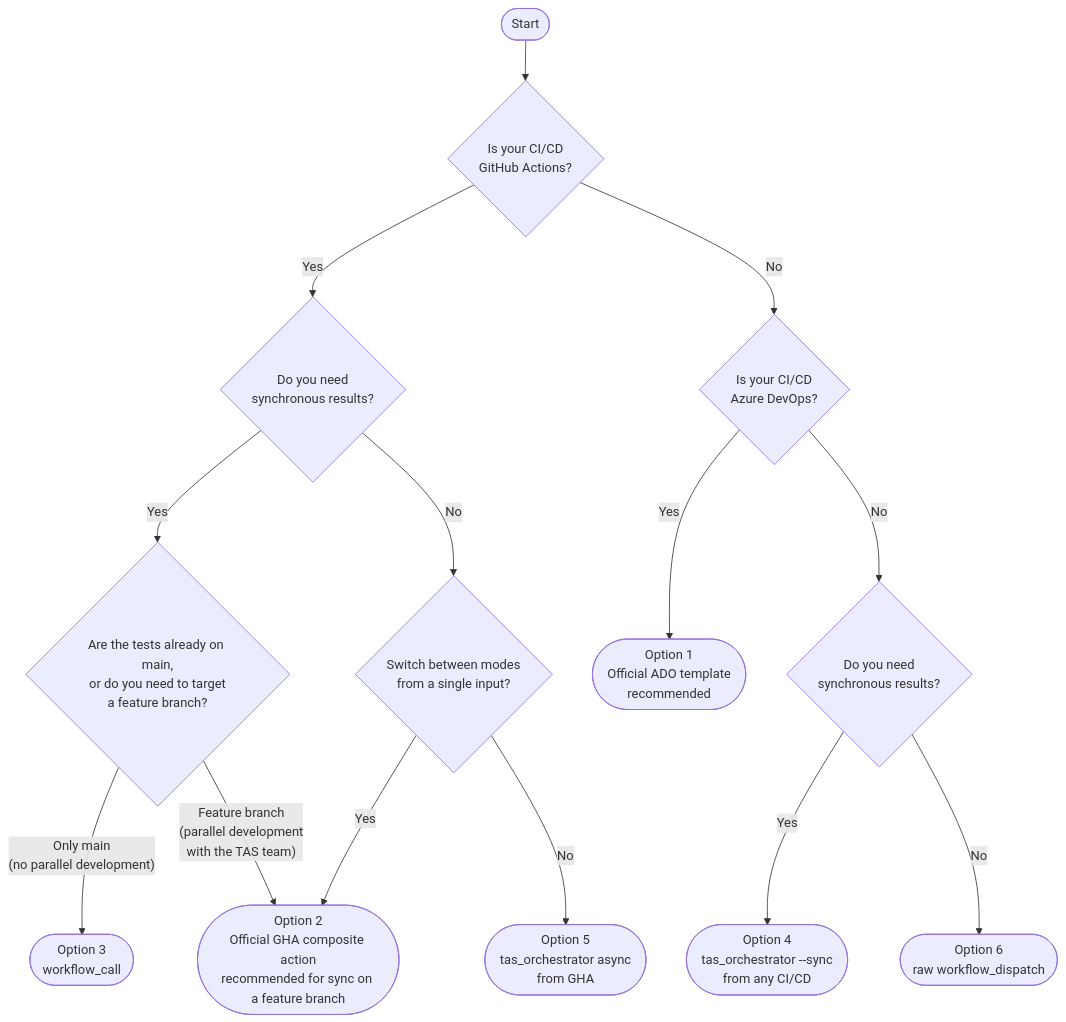
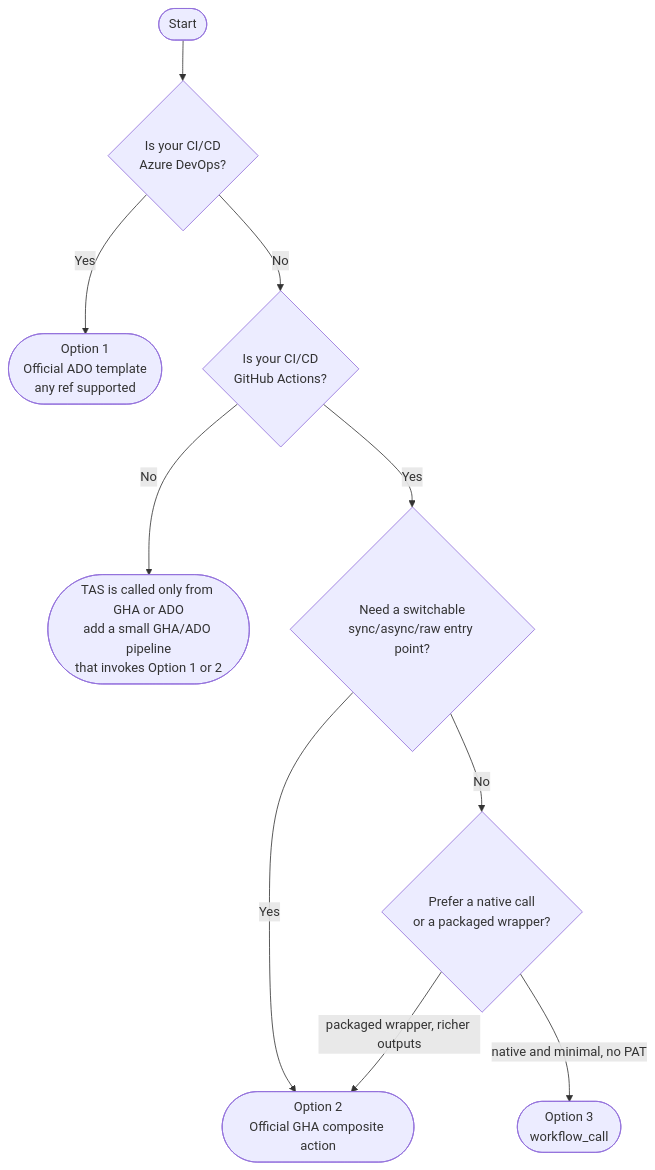
Before and after one commit to pagopa/pagopa-platform-integration-test: the diagram in docs/tas/tas-developer-guide.md, drawn with Mermaid. The commit also changed other lines of this file and 21 other files, not shown here.

Commit message:
[PQ-573] deleted deprecated integration options and ADO template refactoring (steps over stages usage)

````diff
--- a/docs/tas/tas-developer-guide.md
+++ b/docs/tas/tas-developer-guide.md
@@ -42,22 +44,16 @@
 ```mermaid
 flowchart TD
-    A([Start]) --> B{Is your CI/CD\nGitHub Actions?}
+    A([Start]) --> B{Is your CI/CD\nAzure DevOps?}
 
-    B -- Yes --> GHA{Do you need\nsynchronous results?}
-    B -- No --> ADO{Is your CI/CD\nAzure DevOps?}
+    B -- Yes --> G([Option 1\nOfficial ADO template\nany ref supported])
+    B -- No --> C{Is your CI/CD\nGitHub Actions?}
 
-    ADO -- Yes --> G([Option 1\nOfficial ADO template\nrecommended])
-    ADO -- No --> G2{Do you need\nsynchronous results?}
+    C -- No --> X([TAS is called only from GHA or ADO\nadd a small GHA/ADO pipeline\nthat invokes Option 1 or 2])
+    C -- Yes --> D{Need a switchable\nsync/async/raw entry point?}
 
-    GHA -- Yes --> D{Are the tests already on main,\nor do you need to target\na feature branch?}
-    GHA -- No --> GHA_ASYNC{Switch between modes\nfrom a single input?}
+    D -- Yes --> H([Option 2\nOfficial GHA composite action])
+    D -- No --> E{Prefer a native call\nor a packaged wrapper?}
 
-    D -- "Only main\n(no parallel development)" --> F([Option 3\nworkflow_call])
-    D -- "Feature branch\n(parallel development\nwith the TAS team)" --> GHA_TPL([Option 2\nOfficial GHA composite action\nrecommended for sync on a feature branch])
-
-    GHA_ASYNC -- Yes --> GHA_TPL
-    GHA_ASYNC -- No  --> E([Option 5\ntas_orchestrator async\nfrom GHA])
-
-    G2 -- Yes --> I([Option 4\ntas_orchestrator --sync\nfrom any CI/CD])
-    G2 -- No --> L([Option 6\nraw workflow_dispatch])
+    E -- "native and minimal, no PAT" --> F([Option 3\nworkflow_call])
+    E -- "packaged wrapper, richer outputs" --> H
 ```
````
